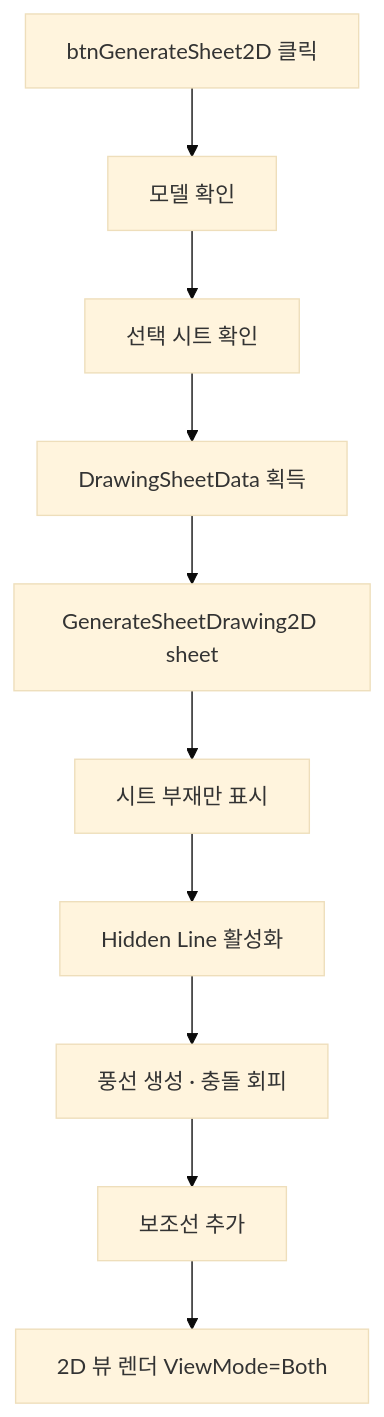
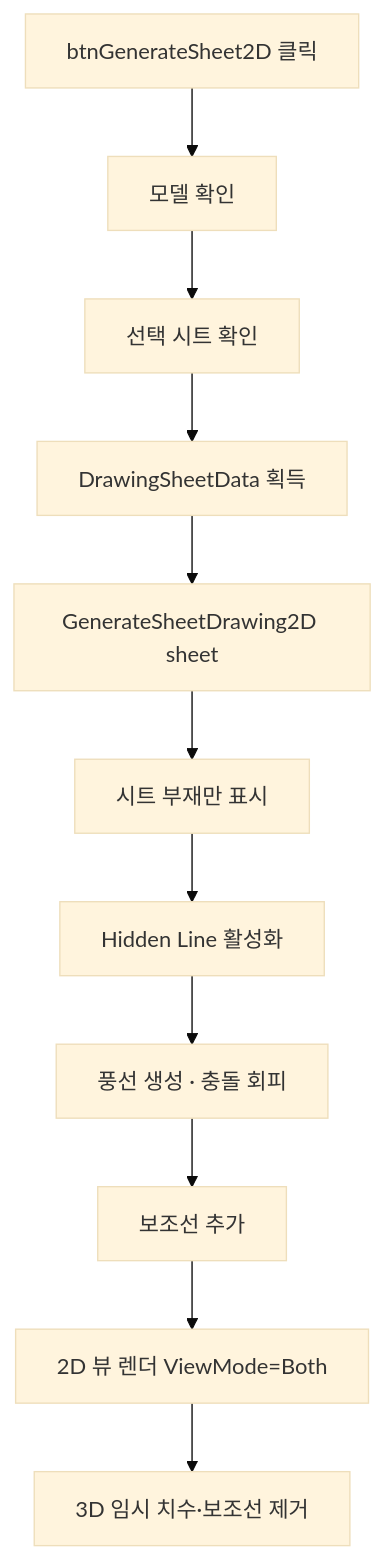
Before and after one commit to uuuuj/a2z: the diagram in docs/기능/도면시트/시트 2D 렌더.md, drawn with Mermaid (base theme). The commit also changed other lines of this file and 8 other files, not shown here.

````diff
--- a/docs/기능/도면시트/시트 2D 렌더.md
+++ b/docs/기능/도면시트/시트 2D 렌더.md
@@ -31,12 +31,13 @@
 ```mermaid
 flowchart TD
     A[btnGenerateSheet2D 클릭] --> B[모델 확인]
     B --> C[선택 시트 확인]
     C --> D[DrawingSheetData 획득]
     D --> E[GenerateSheetDrawing2D sheet]
     E --> F[시트 부재만 표시]
     F --> G[Hidden Line 활성화]
     G --> H[풍선 생성 · 충돌 회피]
     H --> I[보조선 추가]
     I --> J[2D 뷰 렌더 ViewMode=Both]
+    J --> K[3D 임시 치수·보조선 제거]
 ```
````
